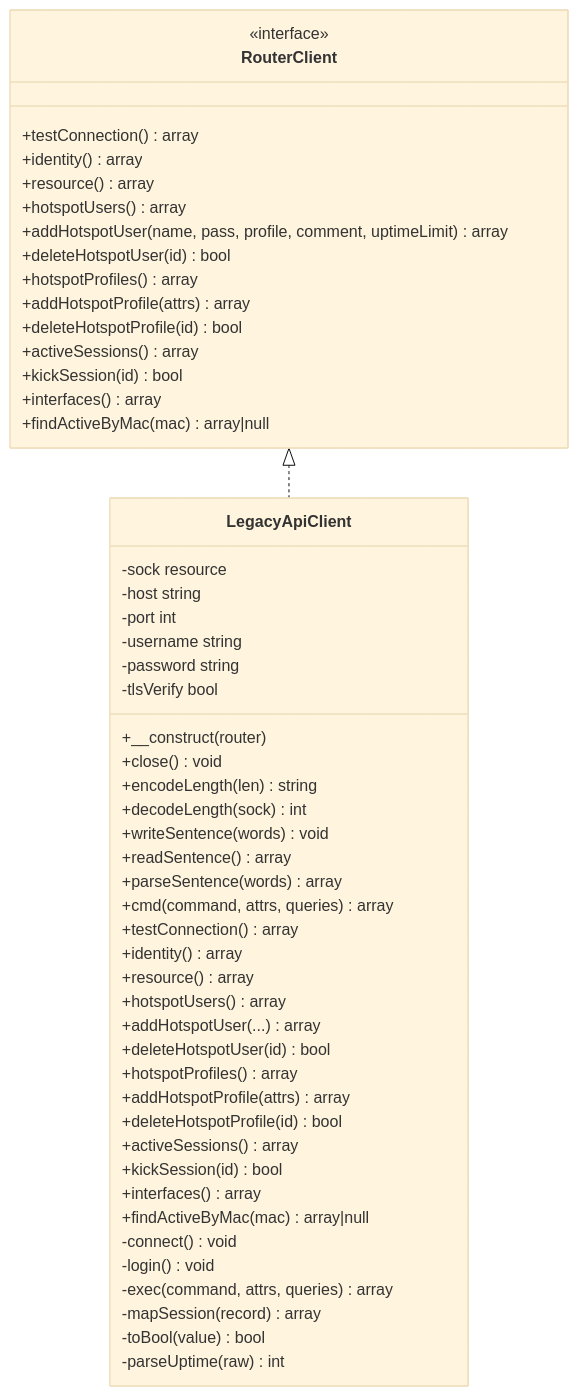
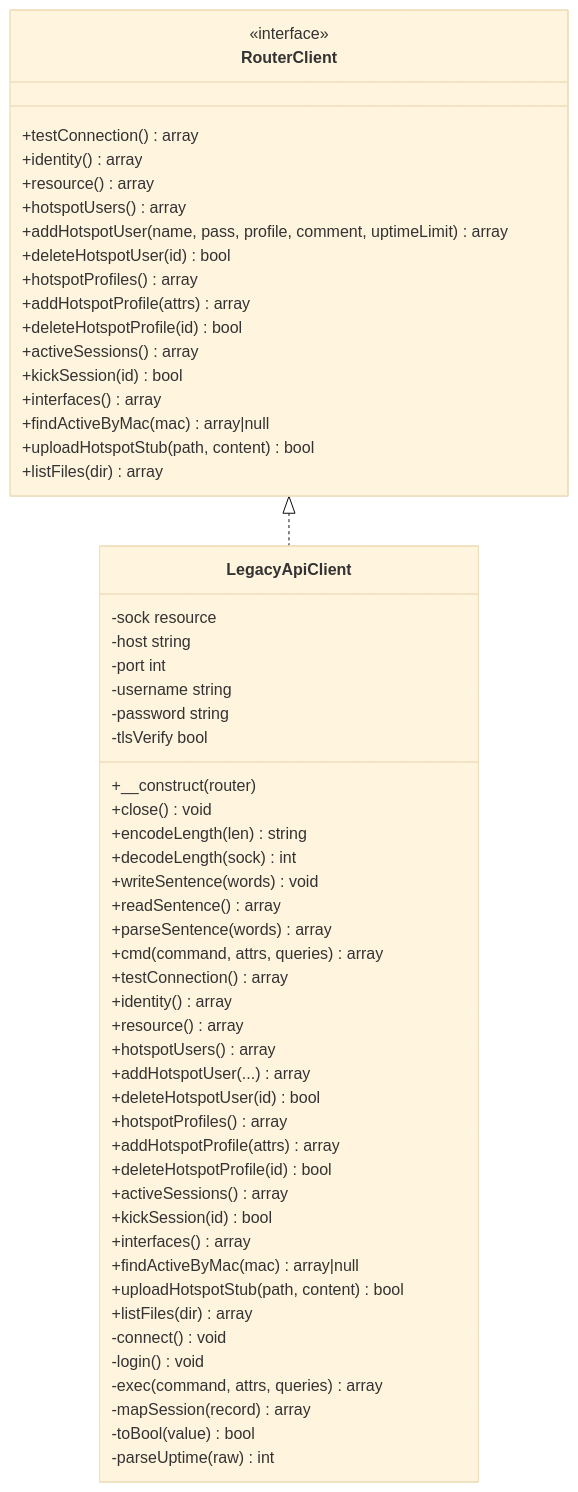
Before and after one commit to Djnirds1984/MT-CONTROLLER-PISOWIFI: the third of 8 diagrams in .qoder/repowiki/en/content/RouterOS Integration/Legacy API Client.md, drawn with Mermaid (base theme). The commit also changed other lines of this file and 45 other files, not shown here.

````diff
--- a/.qoder/repowiki/en/content/RouterOS Integration/Legacy API Client.md
+++ b/.qoder/repowiki/en/content/RouterOS Integration/Legacy API Client.md
@@ -121,55 +124,59 @@
 ```mermaid
 classDiagram
 class RouterClient {
 <<interface>>
 +testConnection() array
 +identity() array
 +resource() array
 +hotspotUsers() array
 +addHotspotUser(name, pass, profile, comment, uptimeLimit) array
 +deleteHotspotUser(id) bool
 +hotspotProfiles() array
 +addHotspotProfile(attrs) array
 +deleteHotspotProfile(id) bool
 +activeSessions() array
 +kickSession(id) bool
 +interfaces() array
 +findActiveByMac(mac) array|null
++uploadHotspotStub(path, content) bool
++listFiles(dir) array
 }
 class LegacyApiClient {
 -sock resource
 -host string
 -port int
 -username string
 -password string
 -tlsVerify bool
 +__construct(router)
 +close() void
 +encodeLength(len) string
 +decodeLength(sock) int
 +writeSentence(words) void
 +readSentence() array
 +parseSentence(words) array
 +cmd(command, attrs, queries) array
 +testConnection() array
 +identity() array
 +resource() array
 +hotspotUsers() array
 +addHotspotUser(...) array
 +deleteHotspotUser(id) bool
 +hotspotProfiles() array
 +addHotspotProfile(attrs) array
 +deleteHotspotProfile(id) bool
 +activeSessions() array
 +kickSession(id) bool
 +interfaces() array
 +findActiveByMac(mac) array|null
++uploadHotspotStub(path, content) bool
++listFiles(dir) array
 -connect() void
 -login() void
 -exec(command, attrs, queries) array
 -mapSession(record) array
 -toBool(value) bool
 -parseUptime(raw) int
 }
 RouterClient <|.. LegacyApiClient
 ```
````
